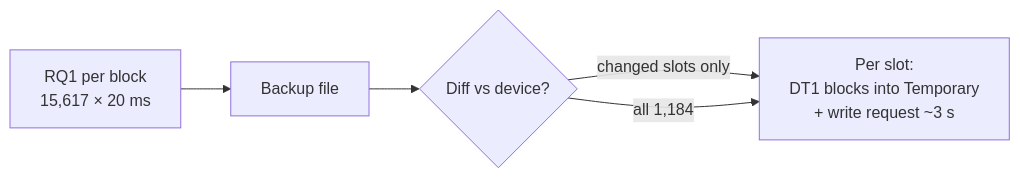
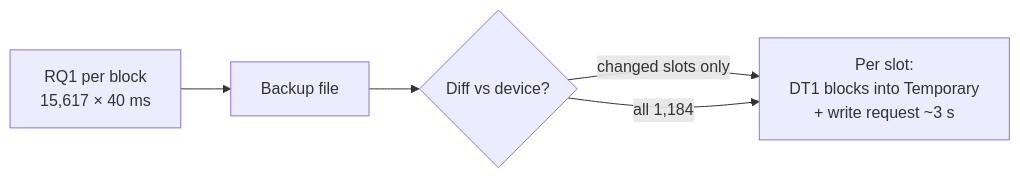
Before and after one commit to sigma/integral: the diagram in docs/research/full-backup-sysex.md, drawn with Mermaid. The commit also changed other lines of this file and 11 other files, not shown here.

````diff
--- a/docs/research/full-backup-sysex.md
+++ b/docs/research/full-backup-sysex.md
@@ -129,7 +130,7 @@
 ```mermaid
 flowchart LR
-    R["RQ1 per block<br/>15,617 × 20 ms"] --> F[Backup file]
+    R["RQ1 per block<br/>15,617 × 40 ms"] --> F[Backup file]
     F --> D{"Diff vs device?"}
     D -->|"changed slots only"| W
     D -->|"all 1,184"| W["Per slot:<br/>DT1 blocks into Temporary<br/>+ write request ~3 s"]
 ```
````
